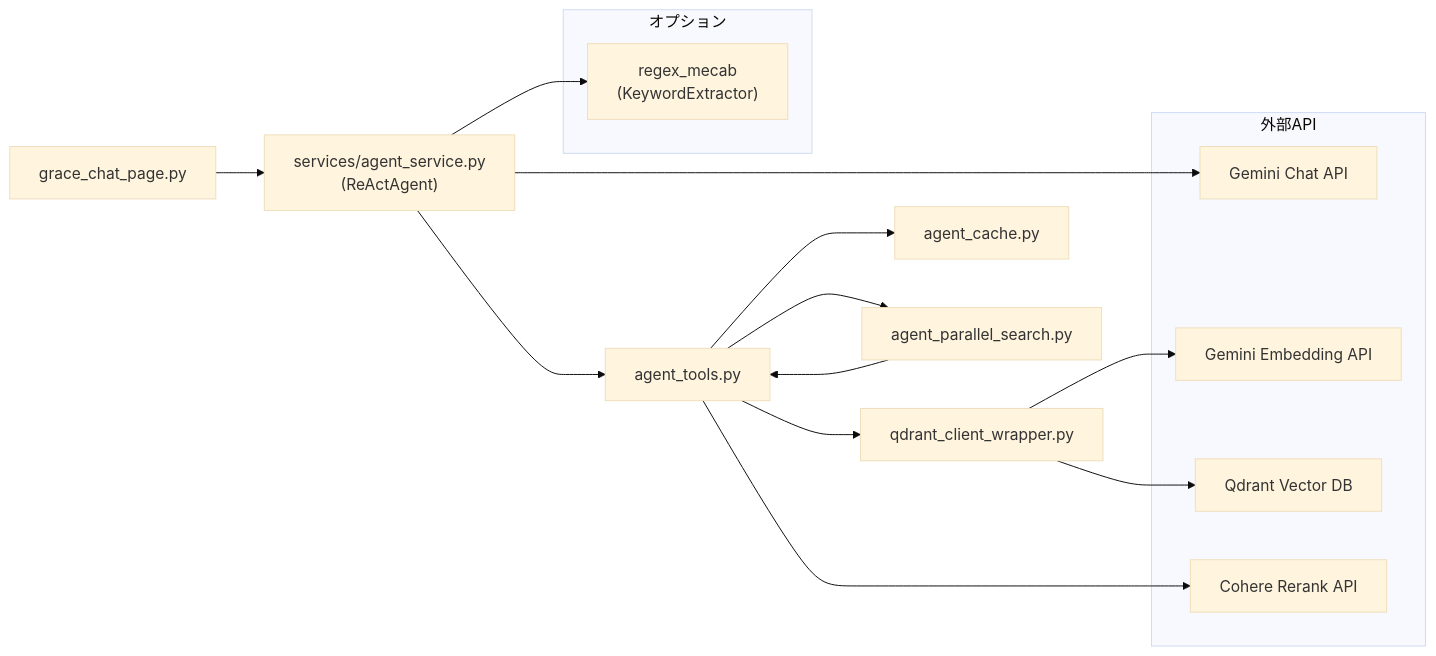
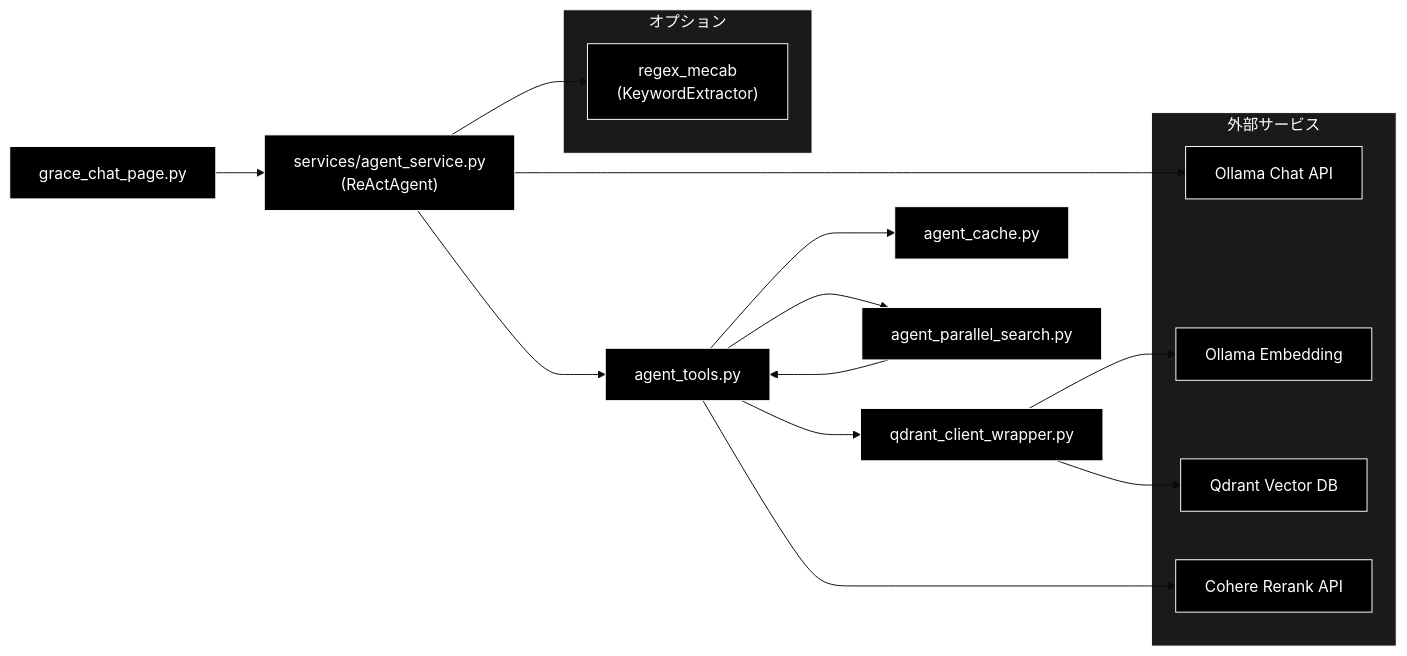
Before and after one commit to nakashima2toshio/ollama_grace_agent_v2: the third of 3 diagrams in ui/doc/grace_chat_input_query.md, drawn with Mermaid (base theme). The commit also changed other lines of this file and 10 other files, not shown here.

````diff
--- a/ui/doc/grace_chat_input_query.md
+++ b/ui/doc/grace_chat_input_query.md
@@ -723,32 +742,37 @@
 ```mermaid
 flowchart LR
     GRACE["grace_chat_page.py"]
     AGENT_SVC["services/agent_service.py<br/>(ReActAgent)"]
     TOOLS["agent_tools.py"]
     WRAPPER["qdrant_client_wrapper.py"]
     CACHE["agent_cache.py"]
     PARALLEL["agent_parallel_search.py"]
 
-    subgraph EXTERNAL["外部API"]
-        GEMINI_CHAT["Gemini Chat API"]
-        GEMINI_EMB["Gemini Embedding API"]
+    subgraph EXTERNAL["外部サービス"]
+        GEMINI_CHAT["Ollama Chat API"]
+        GEMINI_EMB["Ollama Embedding"]
         QDRANT["Qdrant Vector DB"]
         COHERE["Cohere Rerank API"]
     end
 
     subgraph OPTIONAL["オプション"]
         MECAB["regex_mecab<br/>(KeywordExtractor)"]
     end
 
     GRACE --> AGENT_SVC
     AGENT_SVC --> TOOLS
     AGENT_SVC --> MECAB
     AGENT_SVC --> GEMINI_CHAT
     TOOLS --> WRAPPER
     TOOLS --> CACHE
     TOOLS --> PARALLEL
     TOOLS --> COHERE
     WRAPPER --> GEMINI_EMB
     WRAPPER --> QDRANT
     PARALLEL --> TOOLS
+classDef default fill:#000,stroke:#fff,color:#fff
+classDef subgraphStyle fill:#1a1a1a,stroke:#fff,color:#fff
+class GRACE,AGENT_SVC,TOOLS,WRAPPER,CACHE,PARALLEL,GEMINI_CHAT,GEMINI_EMB,QDRANT,COHERE,MECAB default
+style EXTERNAL fill:#1a1a1a,stroke:#fff,color:#fff
+style OPTIONAL fill:#1a1a1a,stroke:#fff,color:#fff
 ```
````
